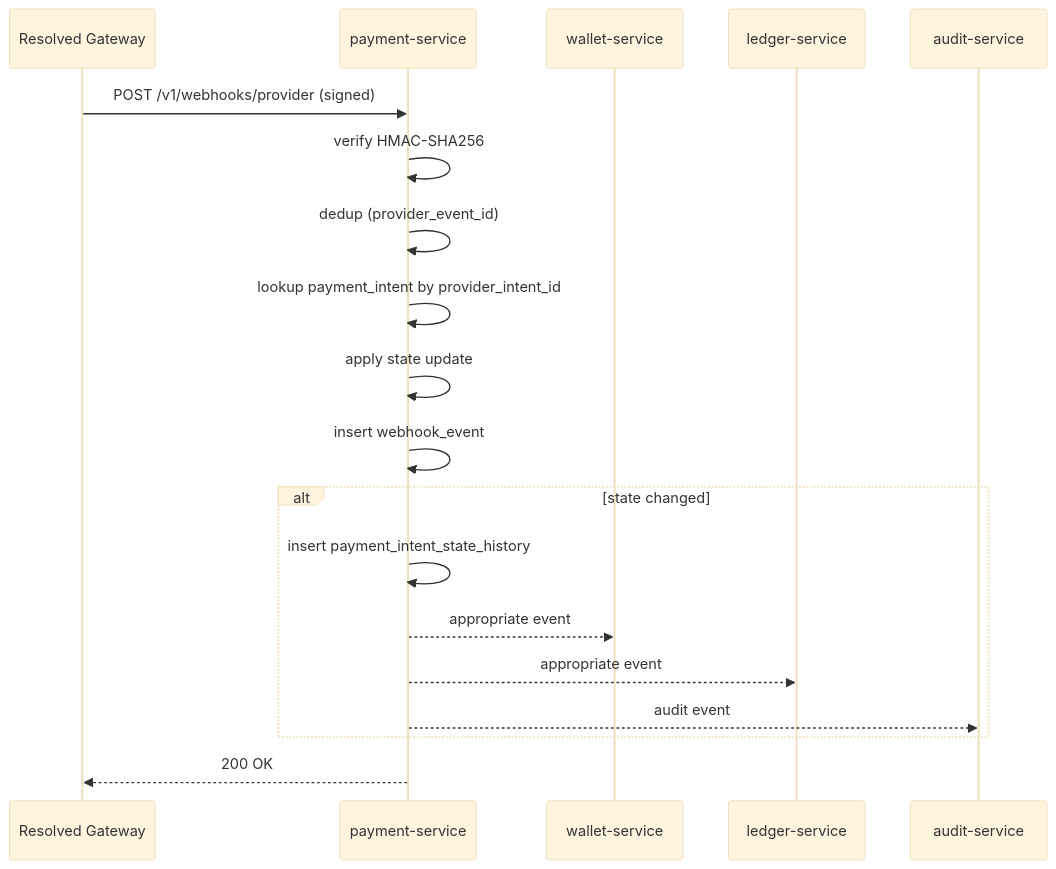
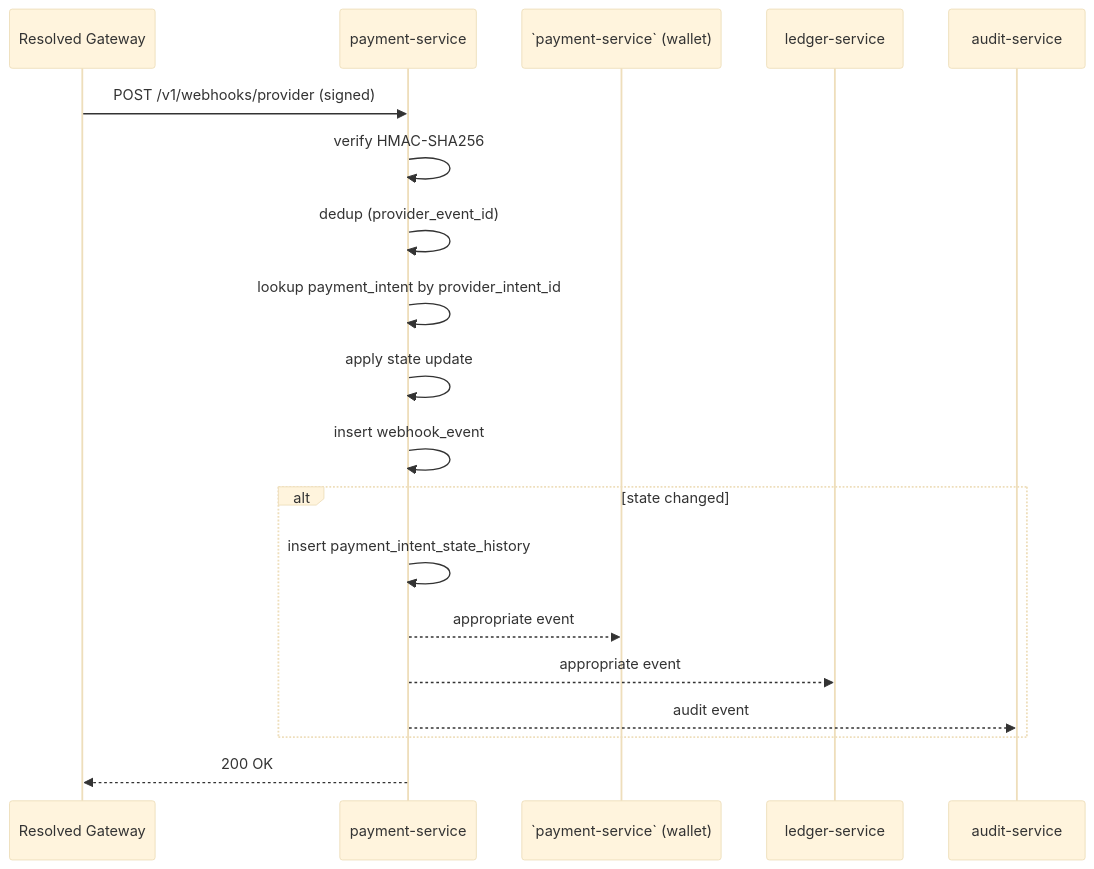
The fourth of 11 diagrams in docs/services/payment-service/WORKFLOWS.md (mohamedhabibwork/trips-enjoy-docs), drawn with Mermaid (base theme) before and after one commit. The commit also changed other lines of this file and 525 other files, not shown here.

````diff
--- a/docs/services/payment-service/WORKFLOWS.md
+++ b/docs/services/payment-service/WORKFLOWS.md
@@ -265,22 +265,22 @@
 ```mermaid
 sequenceDiagram
     participant EXT as Resolved Gateway
     participant PS as payment-service
-    participant WLT as wallet-service
+    participant WLT as `payment-service` (wallet)
     participant LD as ledger-service
     participant AUD as audit-service
 
     EXT->>PS: POST /v1/webhooks/provider (signed)
     PS->>PS: verify HMAC-SHA256
     PS->>PS: dedup (provider_event_id)
     PS->>PS: lookup payment_intent by provider_intent_id
     PS->>PS: apply state update
     PS->>PS: insert webhook_event
     alt state changed
         PS->>PS: insert payment_intent_state_history
         PS-->>WLT: appropriate event
         PS-->>LD: appropriate event
         PS-->>AUD: audit event
     end
     PS-->>EXT: 200 OK
 ```
````
